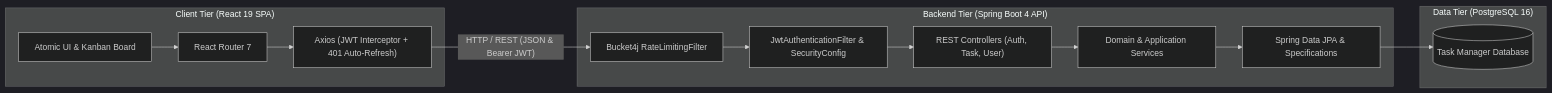
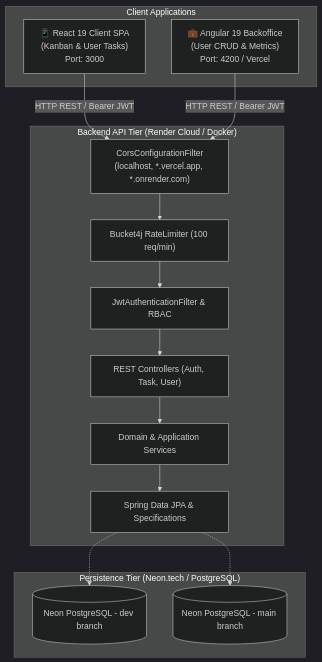
Before and after one commit to DiegoVilla27/task-manager-system: the first of 2 diagrams in README.md, drawn with Mermaid (dark theme). The commit also changed other lines of this file and 3 other files, not shown here.

Commit message:
docs: update root, backend, client, and backoffice READMEs with CI/CD and multi-cloud specs

````diff
--- a/README.md
+++ b/README.md
@@ -30,26 +32,28 @@
 ```mermaid
-flowchart LR
-    subgraph Client ["Client Tier (React 19 SPA)"]
-        UI["Atomic UI & Kanban Board"]
-        Router["React Router 7"]
-        Axios["Axios (JWT Interceptor + 401 Auto-Refresh)"]
-        UI --> Router --> Axios
+flowchart TB
+    subgraph Users ["Client Applications"]
+        ClientApp["📱 React 19 Client SPA<br/>(Kanban & User Tasks)<br/>Port: 3000"]
+        BackofficeApp["💼 Angular 19 Backoffice<br/>(User CRUD & Metrics)<br/>Port: 4200 / Vercel"]
     end
 
-    subgraph Backend ["Backend Tier (Spring Boot 4 API)"]
-        RL["Bucket4j RateLimitingFilter"]
-        Security["JwtAuthenticationFilter & SecurityConfig"]
+    subgraph BackendTier ["Backend API Tier (Render Cloud / Docker)"]
+        CORS["CorsConfigurationFilter<br/>(localhost, *.vercel.app, *.onrender.com)"]
+        RateLimit["Bucket4j RateLimiter (100 req/min)"]
+        Security["JwtAuthenticationFilter & RBAC"]
         Controllers["REST Controllers (Auth, Task, User)"]
-        Domain["Domain & Application Services"]
+        Services["Domain & Application Services"]
         JPA["Spring Data JPA & Specifications"]
-        
-        RL --> Security --> Controllers --> Domain --> JPA
+
+        CORS --> RateLimit --> Security --> Controllers --> Services --> JPA
     end
 
-    subgraph Persistence ["Data Tier (PostgreSQL 16)"]
-        DB[(Task Manager Database)]
-        JPA --> DB
+    subgraph DataTier ["Persistence Tier (Neon.tech / PostgreSQL)"]
+        NeonDev[(Neon PostgreSQL - dev branch)]
+        NeonProd[(Neon PostgreSQL - main branch)]
     end
 
-    Axios -- "HTTP / REST (JSON & Bearer JWT)" --> RL
+    ClientApp -- "HTTP REST / Bearer JWT" --> CORS
+    BackofficeApp -- "HTTP REST / Bearer JWT" --> CORS
+    JPA -.-> NeonDev
+    JPA -.-> NeonProd
 ```
````
